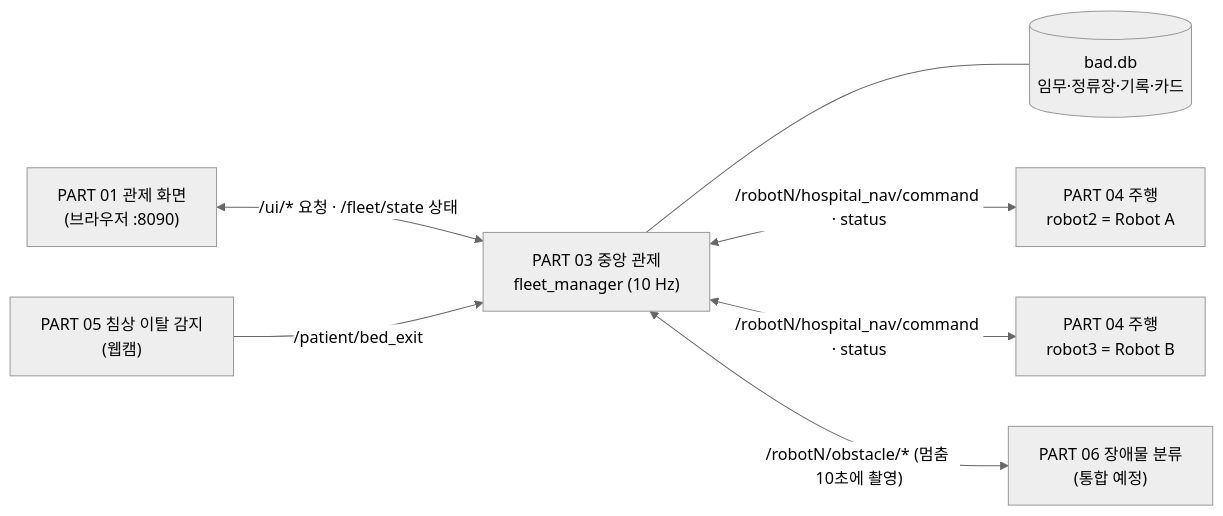
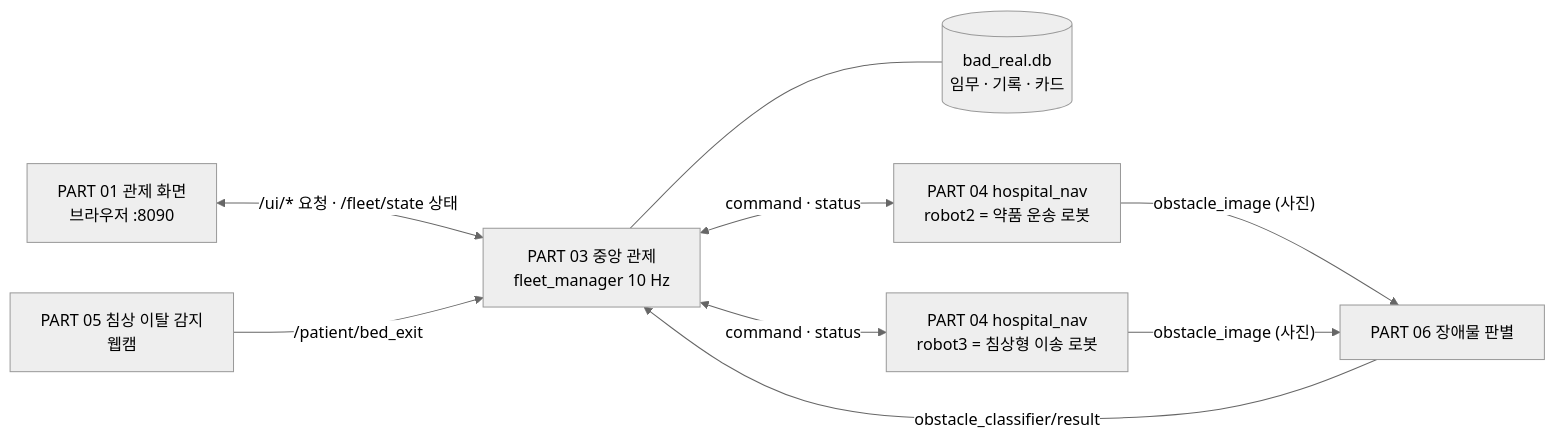
The diagram in README.md (yg-gulbi/bad_autonoumous_delivery), drawn with Mermaid (neutral theme) before and after one commit. The commit also changed other lines of this file, not shown here.

````diff
--- a/README.md
+++ b/README.md
@@ -17,9 +17,11 @@
 ```mermaid
 flowchart LR
-    UI["PART 01 관제 화면<br/>(브라우저 :8090)"] <-- "/ui/* 요청 · /fleet/state 상태" --> FM["PART 03 중앙 관제<br/>fleet_manager (10 Hz)"]
-    FM --- DB[("bad.db<br/>임무·정류장·기록·카드")]
-    BED["PART 05 침상 이탈 감지<br/>(웹캠)"] -- "/patient/bed_exit" --> FM
-    FM <-- "/robotN/hospital_nav/command · status" --> NAV2["PART 04 주행<br/>robot2 = Robot A"]
-    FM <-- "/robotN/hospital_nav/command · status" --> NAV3["PART 04 주행<br/>robot3 = Robot B"]
-    FM <-- "/robotN/obstacle/* (멈춤 10초에 촬영)" --> OBS["PART 06 장애물 분류<br/>(통합 예정)"]
+    UI["PART 01 관제 화면<br/>브라우저 :8090"] <-- "/ui/* 요청 · /fleet/state 상태" --> FM["PART 03 중앙 관제<br/>fleet_manager 10 Hz"]
+    FM --- DB[("bad_real.db<br/>임무 · 기록 · 카드")]
+    BED["PART 05 침상 이탈 감지<br/>웹캠"] -- "/patient/bed_exit" --> FM
+    FM <-- "command · status" --> R3["PART 04 hospital_nav<br/>robot3 = 침상형 이송 로봇"]
+    FM <-- "command · status" --> R2["PART 04 hospital_nav<br/>robot2 = 약품 운송 로봇"]
+    R2 -- "obstacle_image (사진)" --> OBS["PART 06 장애물 판별"]
+    R3 -- "obstacle_image (사진)" --> OBS
+    OBS -- "obstacle_classifier/result" --> FM
 ```
````
